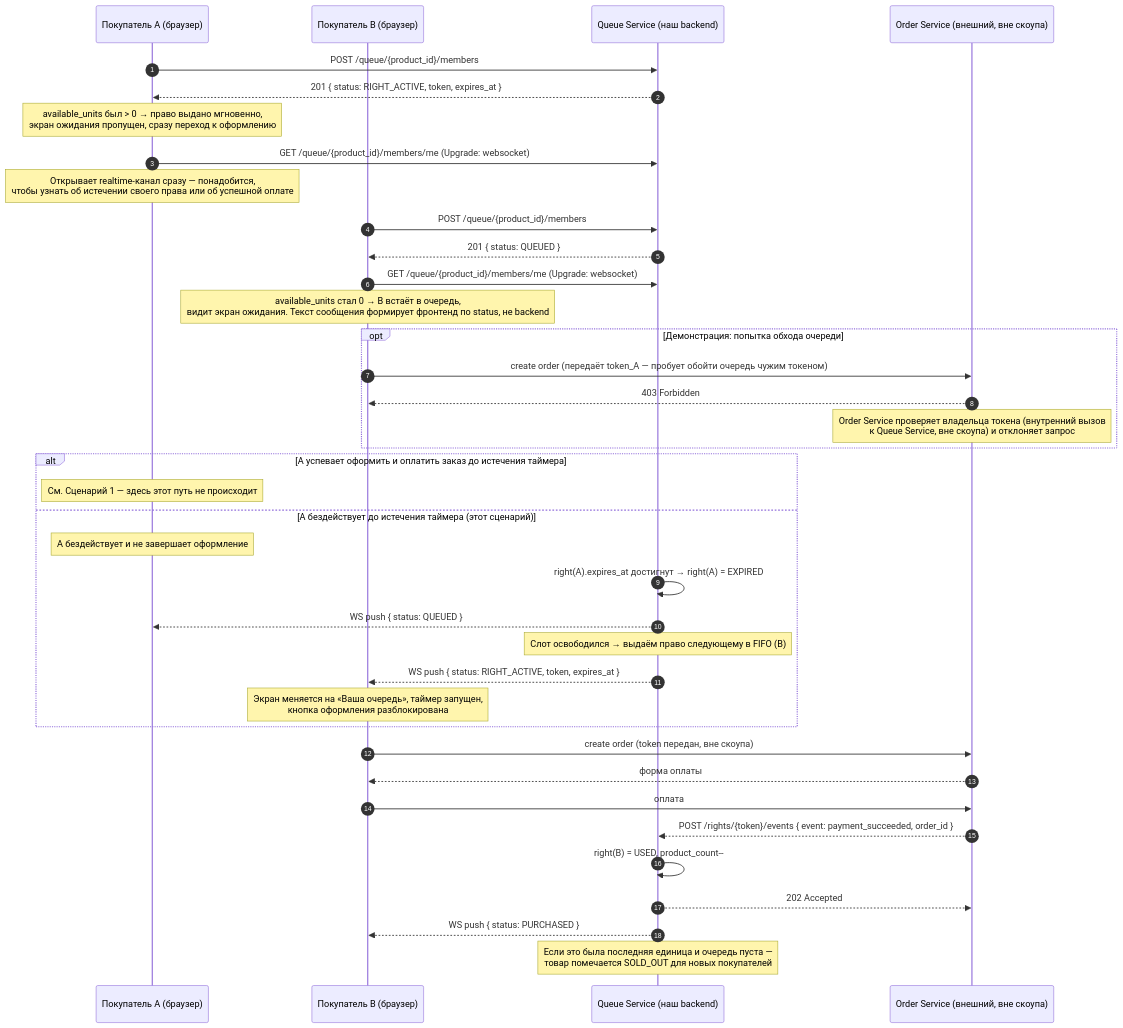
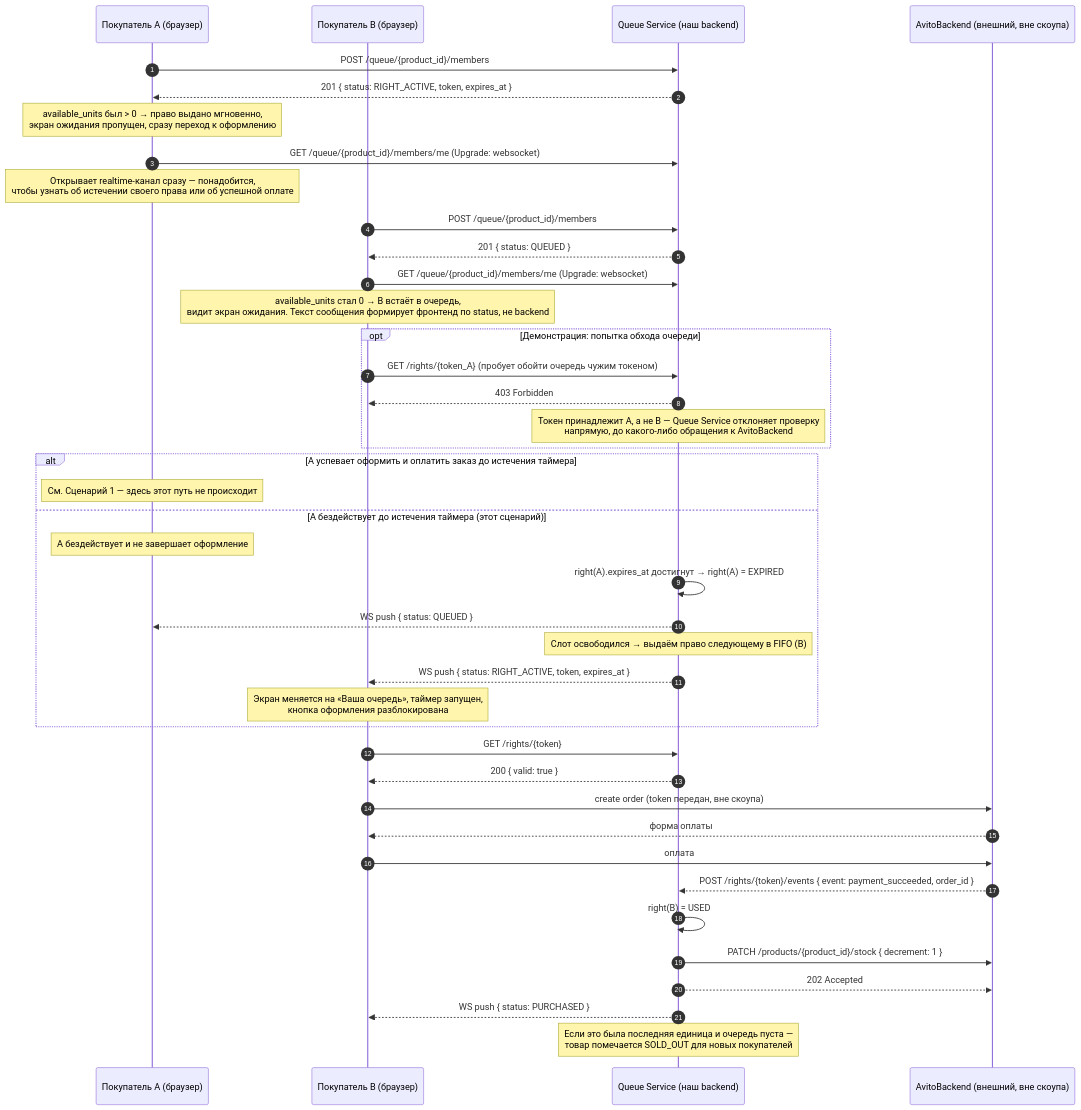
One commit to bigboynixxik/team-10-queue-serivce changed the second of 4 diagrams in docs/diagrams.md. Above: the diagram before and after it, drawn with Mermaid. The commit also changed other lines of this file and 10 other files, not shown here.

````diff
--- a/docs/diagrams.md
+++ b/docs/diagrams.md
@@ -44,49 +50,53 @@
 ```mermaid
 sequenceDiagram
     autonumber
     participant A as Покупатель A (браузер)
     participant B as Покупатель B (браузер)
     participant QS as Queue Service (наш backend)
-    participant OS as Order Service (внешний, вне скоупа)
+    participant AB as AvitoBackend (внешний, вне скоупа)
 
     A->>QS: POST /queue/{product_id}/members
     QS-->>A: 201 { status: RIGHT_ACTIVE, token, expires_at }
     Note over A: available_units был > 0 → право выдано мгновенно,<br/>экран ожидания пропущен, сразу переход к оформлению
 
     A->>QS: GET /queue/{product_id}/members/me (Upgrade: websocket)
     Note over A: Открывает realtime-канал сразу — понадобится,<br/>чтобы узнать об истечении своего права или об успешной оплате
 
     B->>QS: POST /queue/{product_id}/members
     QS-->>B: 201 { status: QUEUED }
     B->>QS: GET /queue/{product_id}/members/me (Upgrade: websocket)
     Note over B: available_units стал 0 → B встаёт в очередь,<br/>видит экран ожидания. Текст сообщения формирует фронтенд по status, не backend
 
     opt Демонстрация: попытка обхода очереди
-        B->>OS: create order (передаёт token_A — пробует обойти очередь чужим токеном)
-        OS-->>B: 403 Forbidden
-        Note over OS: Order Service проверяет владельца токена (внутренний вызов<br/>к Queue Service, вне скоупа) и отклоняет запрос
+        B->>QS: GET /rights/{token_A} (пробует обойти очередь чужим токеном)
+        QS-->>B: 403 Forbidden
+        Note over QS: Токен принадлежит A, а не B — Queue Service отклоняет проверку<br/>напрямую, до какого-либо обращения к AvitoBackend
     end
 
     alt A успевает оформить и оплатить заказ до истечения таймера
         Note over A: См. Сценарий 1 — здесь этот путь не происходит
     else A бездействует до истечения таймера (этот сценарий)
         Note over A: A бездействует и не завершает оформление
 
         QS->>QS: right(A).expires_at достигнут → right(A) = EXPIRED
         QS-->>A: WS push { status: QUEUED }
         Note over QS: Слот освободился → выдаём право следующему в FIFO (B)
 
         QS-->>B: WS push { status: RIGHT_ACTIVE, token, expires_at }
         Note over B: Экран меняется на «Ваша очередь», таймер запущен,<br/>кнопка оформления разблокирована
     end
 
-    B->>OS: create order (token передан, вне скоупа)
-    OS-->>B: форма оплаты
-    B->>OS: оплата
-    OS-->>QS: POST /rights/{token}/events { event: payment_succeeded, order_id }
+    B->>QS: GET /rights/{token}
+    QS-->>B: 200 { valid: true }
 
-    QS->>QS: right(B) = USED, product_count--
-    QS-->>OS: 202 Accepted
+    B->>AB: create order (token передан, вне скоупа)
+    AB-->>B: форма оплаты
+    B->>AB: оплата
+    AB-->>QS: POST /rights/{token}/events { event: payment_succeeded, order_id }
+
+    QS->>QS: right(B) = USED
+    QS->>AB: PATCH /products/{product_id}/stock { decrement: 1 }
+    QS-->>AB: 202 Accepted
     QS-->>B: WS push { status: PURCHASED }
     Note over QS: Если это была последняя единица и очередь пуста —<br/>товар помечается SOLD_OUT для новых покупателей
 ```
````
